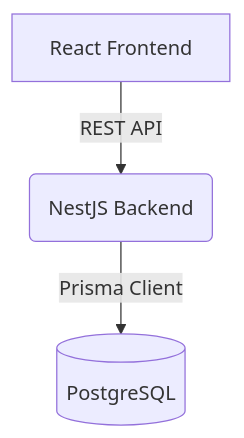
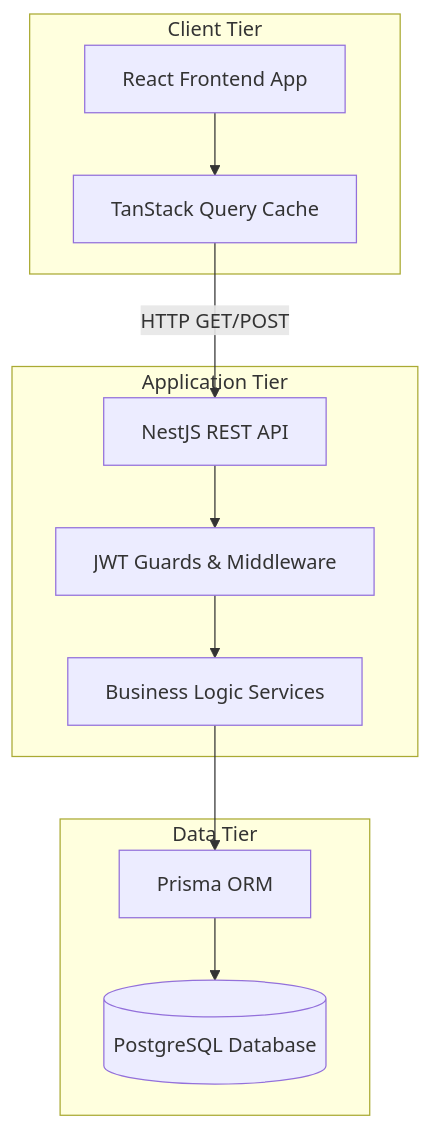
The first of 3 diagrams in docs/Final_Project_Report.md (mdasifj625/servexa), drawn with Mermaid before and after one commit. The commit also changed other lines of this file, not shown here.

````diff
--- a/docs/Final_Project_Report.md
+++ b/docs/Final_Project_Report.md
@@ -109,5 +170,26 @@
 ```mermaid
 graph TD
-    Client[React Frontend] -->|REST API| API(NestJS Backend)
-    API -->|Prisma Client| DB[(PostgreSQL)]
+    subgraph Client Tier
+        UI[React Frontend App]
+        ReactQuery[TanStack Query Cache]
+        UI --> ReactQuery
+    end
+
+    subgraph Application Tier
+        API[NestJS REST API]
+        Auth[JWT Guards & Middleware]
+        Services[Business Logic Services]
+        
+        ReactQuery -->|HTTP GET/POST| API
+        API --> Auth
+        Auth --> Services
+    end
+
+    subgraph Data Tier
+        Prisma[Prisma ORM]
+        DB[(PostgreSQL Database)]
+        
+        Services --> Prisma
+        Prisma --> DB
+    end
 ```
````
